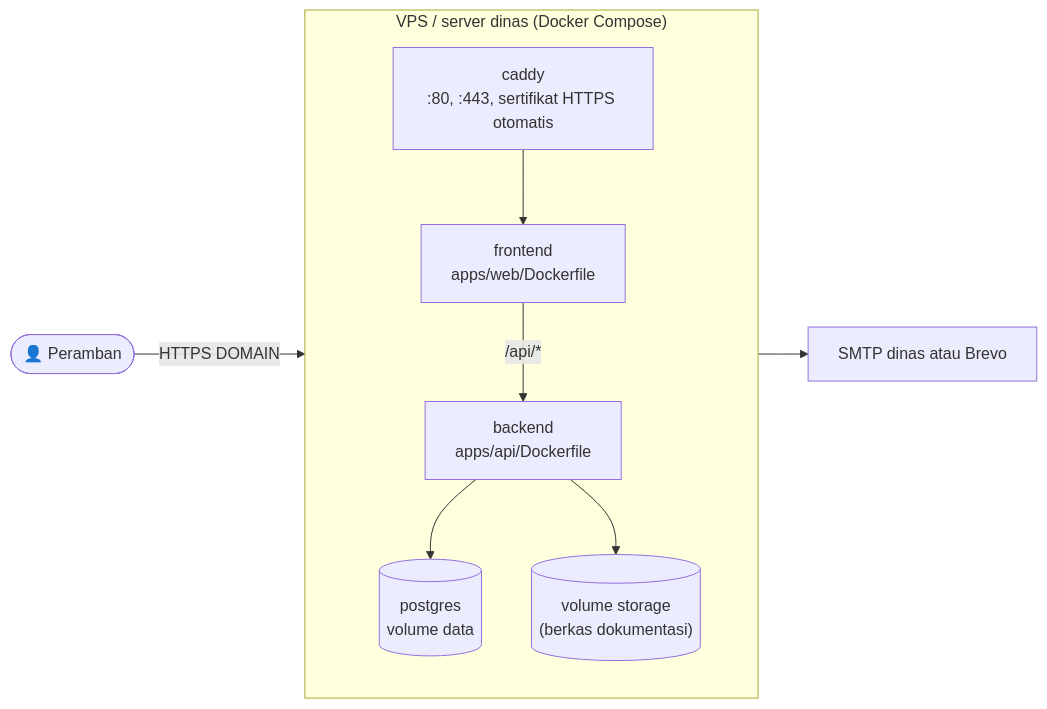
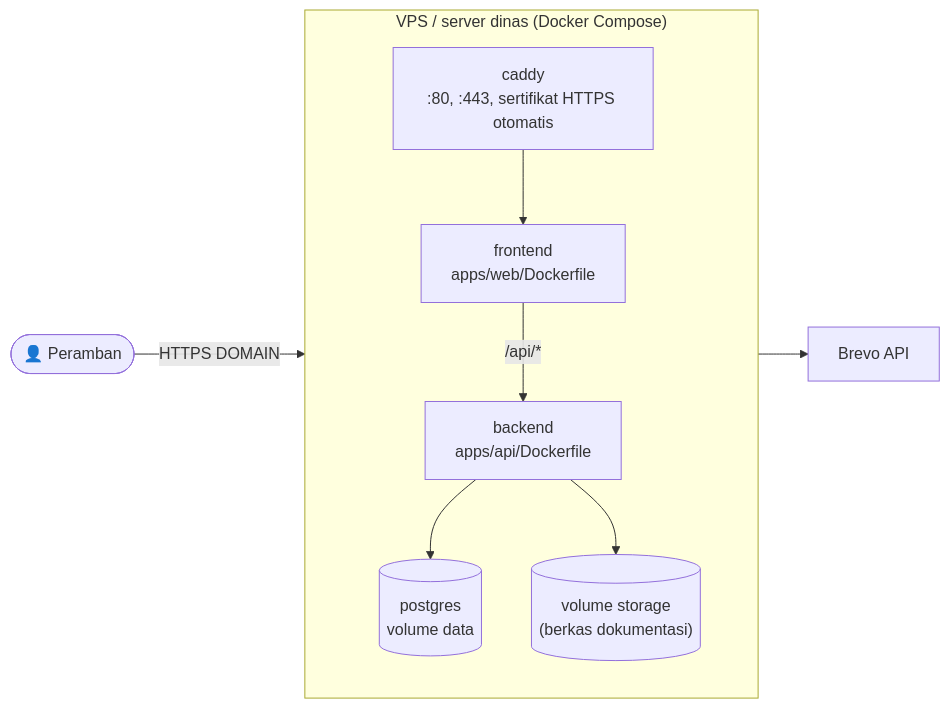
The second of 2 diagrams in docs/uml/08-deployment.md (AhmadsTechDev/kegiatan-kominfo), drawn with Mermaid before and after one commit. The commit also changed other lines of this file and 157 other files, not shown here.

````diff
--- a/docs/uml/08-deployment.md
+++ b/docs/uml/08-deployment.md
@@ -50,22 +48,22 @@
 ```mermaid
 flowchart LR
     pengguna(["👤 Peramban"])
 
     subgraph vps["VPS / server dinas (Docker Compose)"]
         direction TB
         caddy["caddy<br/>:80, :443, sertifikat HTTPS otomatis"]
         frontend["frontend<br/>apps/web/Dockerfile"]
         backend["backend<br/>apps/api/Dockerfile"]
         postgres[("postgres<br/>volume data")]
         vol[("volume storage<br/>(berkas dokumentasi)")]
         caddy --> frontend
         frontend -- "/api/*" --> backend
         backend --> postgres
         backend --> vol
     end
 
-    email["SMTP dinas atau Brevo"]
+    email["Brevo API"]
 
     pengguna -- "HTTPS DOMAIN" --> caddy
     backend --> email
 ```
````
